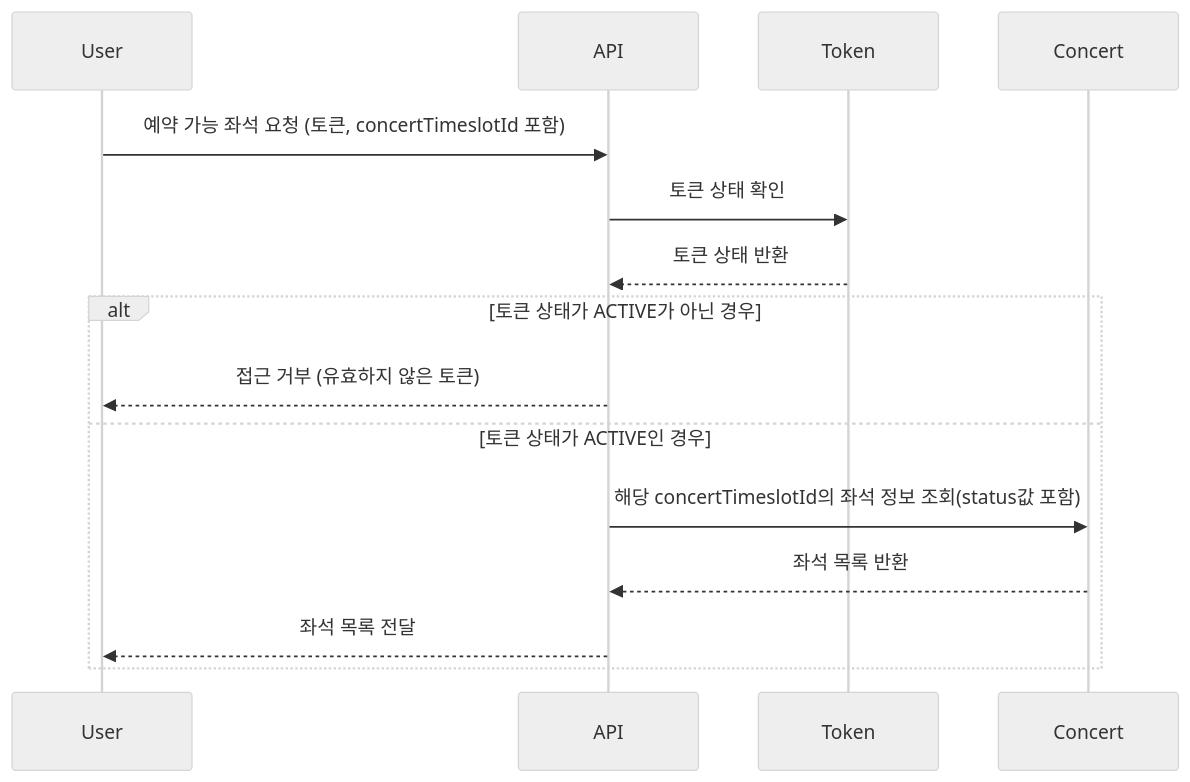
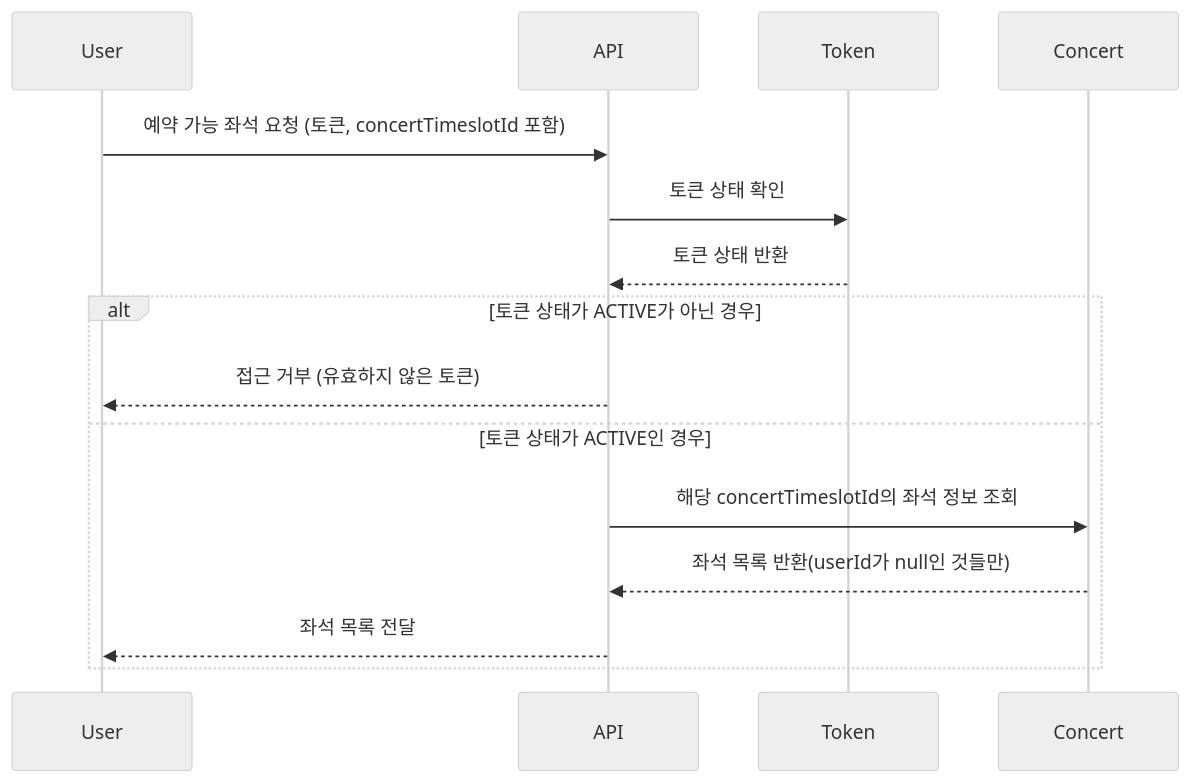
One commit to JayHarrisonAhn/hhplus-assignment-tdd changed the third of 8 diagrams in week03_concert/README.md. Above: the diagram before and after it, drawn with Mermaid (neutral theme). The commit also changed other lines of this file and 1 other file, not shown here.

Commit message:
docs: added erd

````diff
--- a/week03_concert/README.md
+++ b/week03_concert/README.md
@@ -63,18 +63,18 @@
 ```mermaid
 sequenceDiagram
     participant User as User
     participant API
     participant Token
     participant Concert
 
     User ->> API: 예약 가능 좌석 요청 (토큰, concertTimeslotId 포함)
     API ->> Token: 토큰 상태 확인
     Token -->> API: 토큰 상태 반환
     alt 토큰 상태가 ACTIVE가 아닌 경우
         API -->> User: 접근 거부 (유효하지 않은 토큰)
     else 토큰 상태가 ACTIVE인 경우
-        API ->> Concert: 해당 concertTimeslotId의 좌석 정보 조회(status값 포함)
-        Concert -->> API: 좌석 목록 반환
+        API ->> Concert: 해당 concertTimeslotId의 좌석 정보 조회
+        Concert -->> API: 좌석 목록 반환(userId가 null인 것들만)
         API -->> User: 좌석 목록 전달
     end
 ```
````
